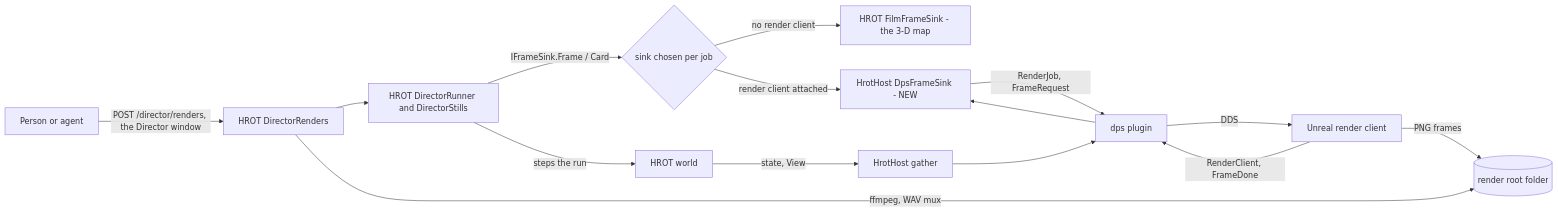
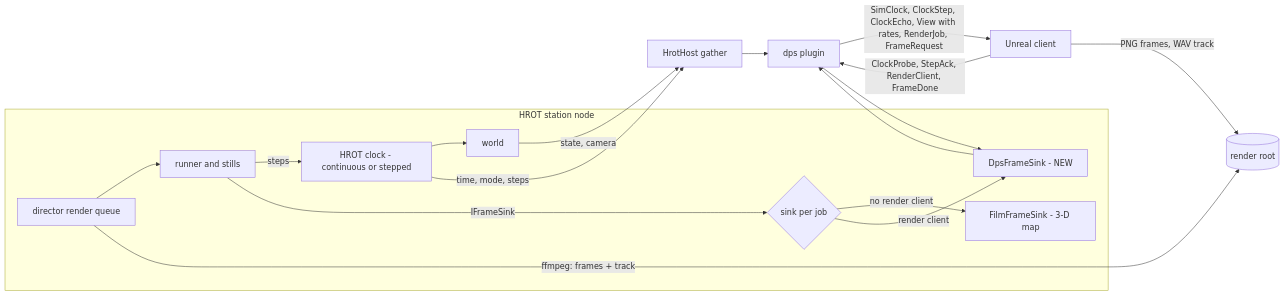
The first of 6 diagrams in docs/design/DD-022-Dps-Director-Rendering.md (pjanec/SimNetGateway), drawn with Mermaid before and after one commit. The commit also changed other lines of this file and 3 other files, not shown here.

First line of the commit message:
T-039: DD-022 revised - DPS time sync and stepping by HROT's conventions, the camera dead-reckoned, the audio track from the renderer

````diff
--- a/docs/design/DD-022-Dps-Director-Rendering.md
+++ b/docs/design/DD-022-Dps-Director-Rendering.md
@@ -38,17 +69,20 @@
 ```mermaid
 flowchart LR
-    P[Person or agent] -->|"POST /director/renders, the Director window"| Q[HROT DirectorRenders]
-    Q --> R[HROT DirectorRunner and DirectorStills]
-    R -->|"IFrameSink.Frame / Card"| SEL{sink chosen per job}
-    SEL -->|no render client| M[HROT FilmFrameSink - the 3-D map]
-    SEL -->|render client attached| X[HrotHost DpsFrameSink - NEW]
-    R -->|steps the run| W[HROT world]
-    W -->|state, View| H[HrotHost gather]
-    X -->|"RenderJob, FrameRequest"| D[dps plugin]
+    subgraph HROT station node
+        T[HROT clock - continuous or stepped] --> Wd[world]
+        Q[director render queue] --> R[runner and stills]
+        R -->|steps| T
+        R -->|"IFrameSink"| SEL{sink per job}
+        SEL -->|no render client| M[FilmFrameSink - 3-D map]
+        SEL -->|render client| X[DpsFrameSink - NEW]
+    end
+    T -->|time, mode, steps| H[HrotHost gather]
+    Wd -->|state, camera| H
+    X --> D[dps plugin]
     H --> D
-    D -->|DDS| U[Unreal render client]
-    U -->|"RenderClient, FrameDone"| D
+    D -->|"SimClock, ClockStep, ClockEcho, View with rates, RenderJob, FrameRequest"| U[Unreal client]
+    U -->|"ClockProbe, StepAck, RenderClient, FrameDone"| D
     D --> X
-    U -->|PNG frames| F[(render root folder)]
-    Q -->|"ffmpeg, WAV mux"| F
+    U -->|"PNG frames, WAV track"| F[(render root)]
+    Q -->|"ffmpeg: frames + track"| F
 ```
````
